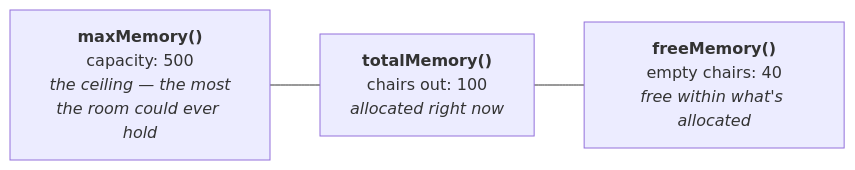
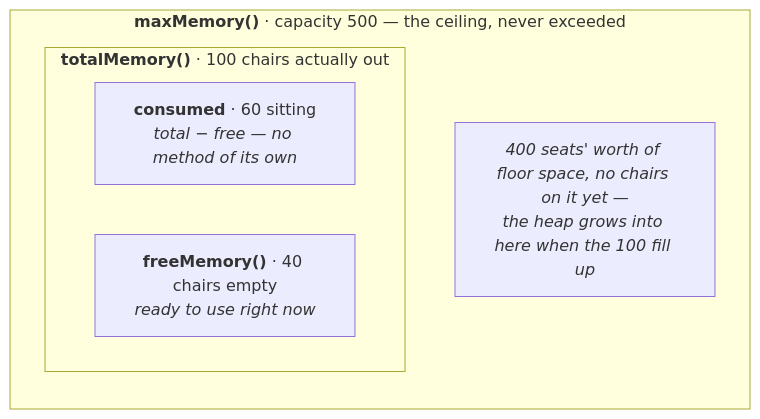
The fifth of 6 diagrams in Java/DURGA/JVM-ARCHITECTURE/05-The five memory areas.md (Dummy-Bug/system-design-handbook), drawn with Mermaid before and after one commit. The commit also changed other lines of this file and 8 other files, not shown here.

````diff
--- a/Java/DURGA/JVM-ARCHITECTURE/05-The five memory areas.md
+++ b/Java/DURGA/JVM-ARCHITECTURE/05-The five memory areas.md
@@ -133,7 +267,12 @@
 ```mermaid
-flowchart LR
-    MAX["<b>maxMemory()</b><br/>capacity: 500<br/><i>the ceiling — the most<br/>the room could ever hold</i>"]
-    TOT["<b>totalMemory()</b><br/>chairs out: 100<br/><i>allocated right now</i>"]
-    FREE["<b>freeMemory()</b><br/>empty chairs: 40<br/><i>free within what's allocated</i>"]
-    MAX --- TOT --- FREE
+flowchart TB
+    subgraph MAX["<b>maxMemory()</b> · capacity 500 — the ceiling, never exceeded"]
+        direction TB
+        subgraph TOT["<b>totalMemory()</b> · 100 chairs actually out"]
+            direction LR
+            USED["<b>consumed</b> · 60 sitting<br/><i>total − free — no method of its own</i>"]
+            FREE["<b>freeMemory()</b> · 40 chairs empty<br/><i>ready to use right now</i>"]
+        end
+        ROOM["<i>400 seats' worth of floor space, no chairs on it yet —<br/>the heap grows into here when the 100 fill up</i>"]
+    end
 ```
````
